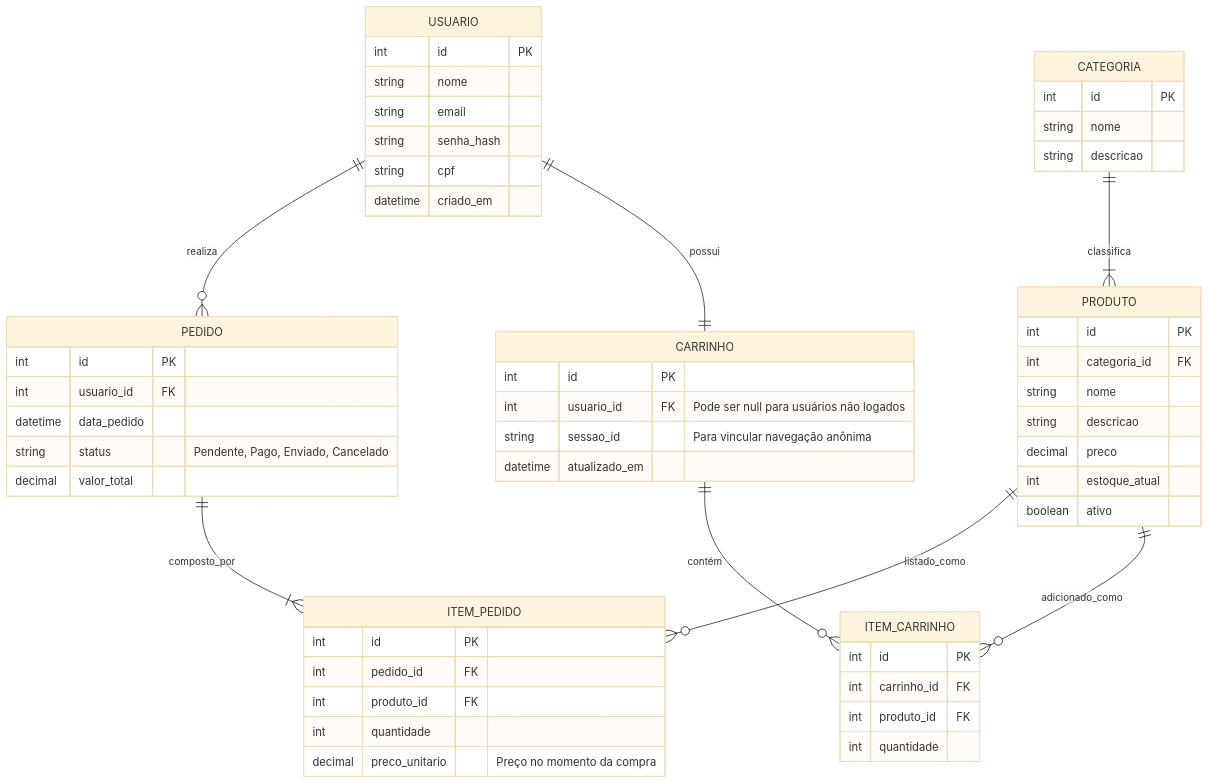
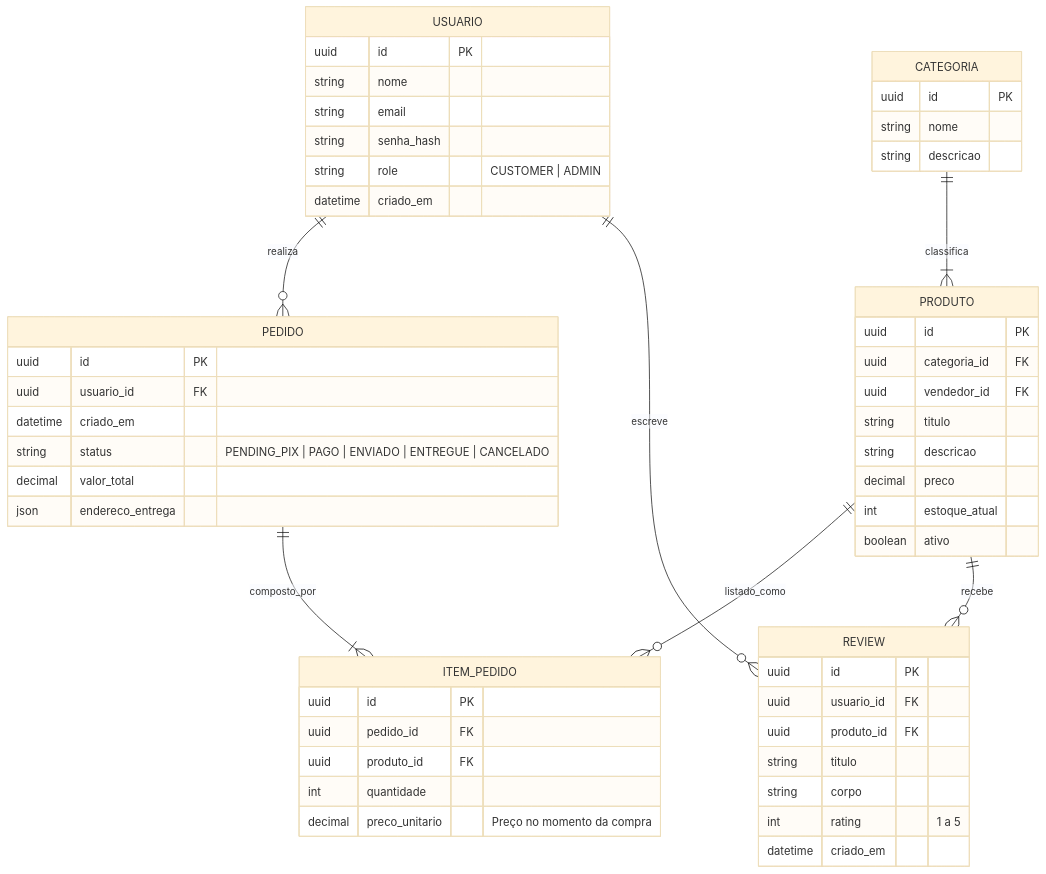
The first of 4 diagrams in docs/DIAGRAMAS.md (cbfn/mercadex), drawn with Mermaid (base theme) before and after one commit. The commit also changed other lines of this file and 13 other files, not shown here.

````diff
--- a/docs/DIAGRAMAS.md
+++ b/docs/DIAGRAMAS.md
@@ -8,68 +8,65 @@
 ```mermaid
 erDiagram
     USUARIO {
-        int id PK
+        uuid id PK
         string nome
         string email
         string senha_hash
-        string cpf
+        string role "CUSTOMER | ADMIN"
         datetime criado_em
     }
     
     PRODUTO {
-        int id PK
-        int categoria_id FK
-        string nome
+        uuid id PK
+        uuid categoria_id FK
+        uuid vendedor_id FK
+        string titulo
         string descricao
         decimal preco
         int estoque_atual
         boolean ativo
     }
     
     CATEGORIA {
-        int id PK
+        uuid id PK
         string nome
         string descricao
     }
     
     PEDIDO {
-        int id PK
-        int usuario_id FK
-        datetime data_pedido
-        string status "Pendente, Pago, Enviado, Cancelado"
+        uuid id PK
+        uuid usuario_id FK
+        datetime criado_em
+        string status "PENDING_PIX | PAGO | ENVIADO | ENTREGUE | CANCELADO"
         decimal valor_total
+        json endereco_entrega
     }
     
     ITEM_PEDIDO {
-        int id PK
-        int pedido_id FK
-        int produto_id FK
+        uuid id PK
+        uuid pedido_id FK
+        uuid produto_id FK
         int quantidade
         decimal preco_unitario "Preço no momento da compra"
     }
 
-    CARRINHO {
-        int id PK
-        int usuario_id FK "Pode ser null para usuários não logados"
-        string sessao_id "Para vincular navegação anônima"
-        datetime atualizado_em
-    }
-
-    ITEM_CARRINHO {
-        int id PK
-        int carrinho_id FK
-        int produto_id FK
-        int quantidade
+    REVIEW {
+        uuid id PK
+        uuid usuario_id FK
+        uuid produto_id FK
+        string titulo
+        string corpo
+        int rating "1 a 5"
+        datetime criado_em
     }
 
     %% Relacionamentos
     USUARIO ||--o{ PEDIDO : "realiza"
-    USUARIO ||--|| CARRINHO : "possui"
+    USUARIO ||--o{ REVIEW : "escreve"
     CATEGORIA ||--|{ PRODUTO : "classifica"
     
     PEDIDO ||--|{ ITEM_PEDIDO : "composto_por"
     PRODUTO ||--o{ ITEM_PEDIDO : "listado_como"
     
-    CARRINHO ||--o{ ITEM_CARRINHO : "contém"
-    PRODUTO ||--o{ ITEM_CARRINHO : "adicionado_como"
+    PRODUTO ||--o{ REVIEW : "recebe"
 ```
````
